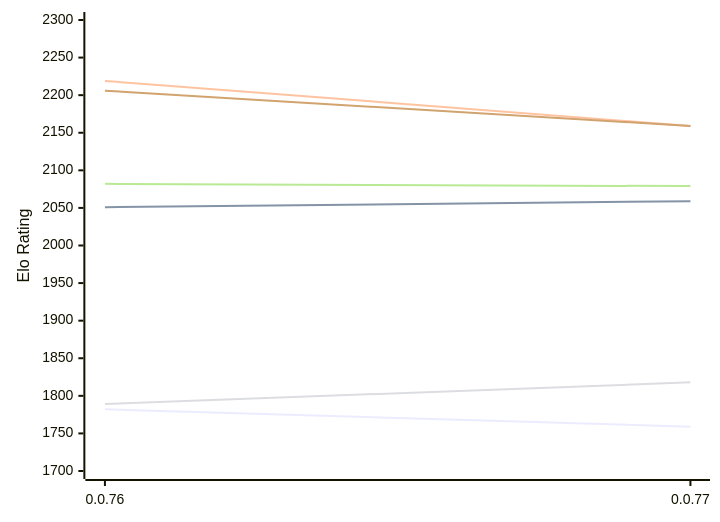
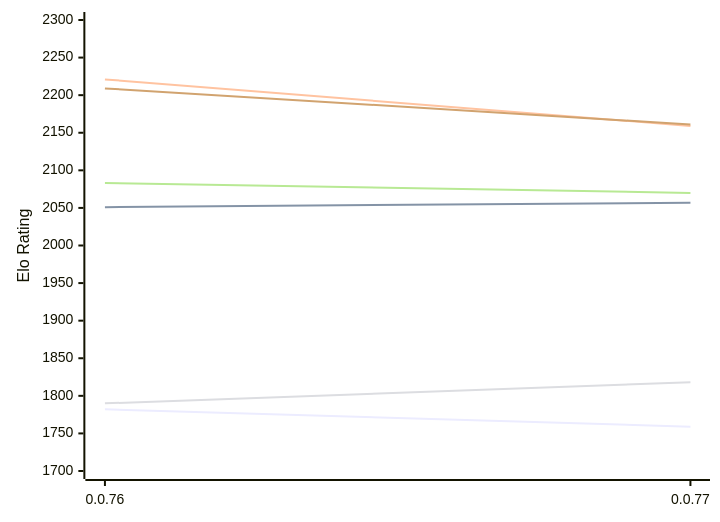
One commit to computer-chess-index/cci changed the first of 2 diagrams in engines/Fktb.md. Above: the diagram before and after it, drawn with Mermaid. The commit also changed other lines of this file, not shown here.

Commit message:
Update CCI Ratings (ELO VLTC) - 2026-11-28

````diff
--- a/engines/Fktb.md
+++ b/engines/Fktb.md
@@ -50,12 +50,12 @@
 ```mermaid
 %%{init: {"theme":"base","themeVariables":{"seriesColors:['#a3a3a3','#222221','#faa371']}}}%%
 xychart-beta
   x-axis ["0.0.76", "0.0.77"]
   y-axis "Elo Rating" 1700 --> 2300
   line "E1: STC (8.0+0.08s)" [1782, 1759]
-  line "E1: LTC (60.0+0.60s)" [2051, 2059]
-  line "E1: VLTC (2m24s+1.12s)" [2219, 2159]
-  line "P1: STC (8.0+0.08s)" [1789, 1818]
-  line "P1: LTC (60.0+0.60s)" [2082, 2079]
-  line "P1: VLTC (2m24s+1.12s)" [2206, 2159]
+  line "E1: LTC (60.0+0.60s)" [2051, 2057]
+  line "E1: VLTC (2m24s+1.12s)" [2221, 2159]
+  line "P1: STC (8.0+0.08s)" [1790, 1818]
+  line "P1: LTC (60.0+0.60s)" [2083, 2070]
+  line "P1: VLTC (2m24s+1.12s)" [2209, 2161]
 ```
````
